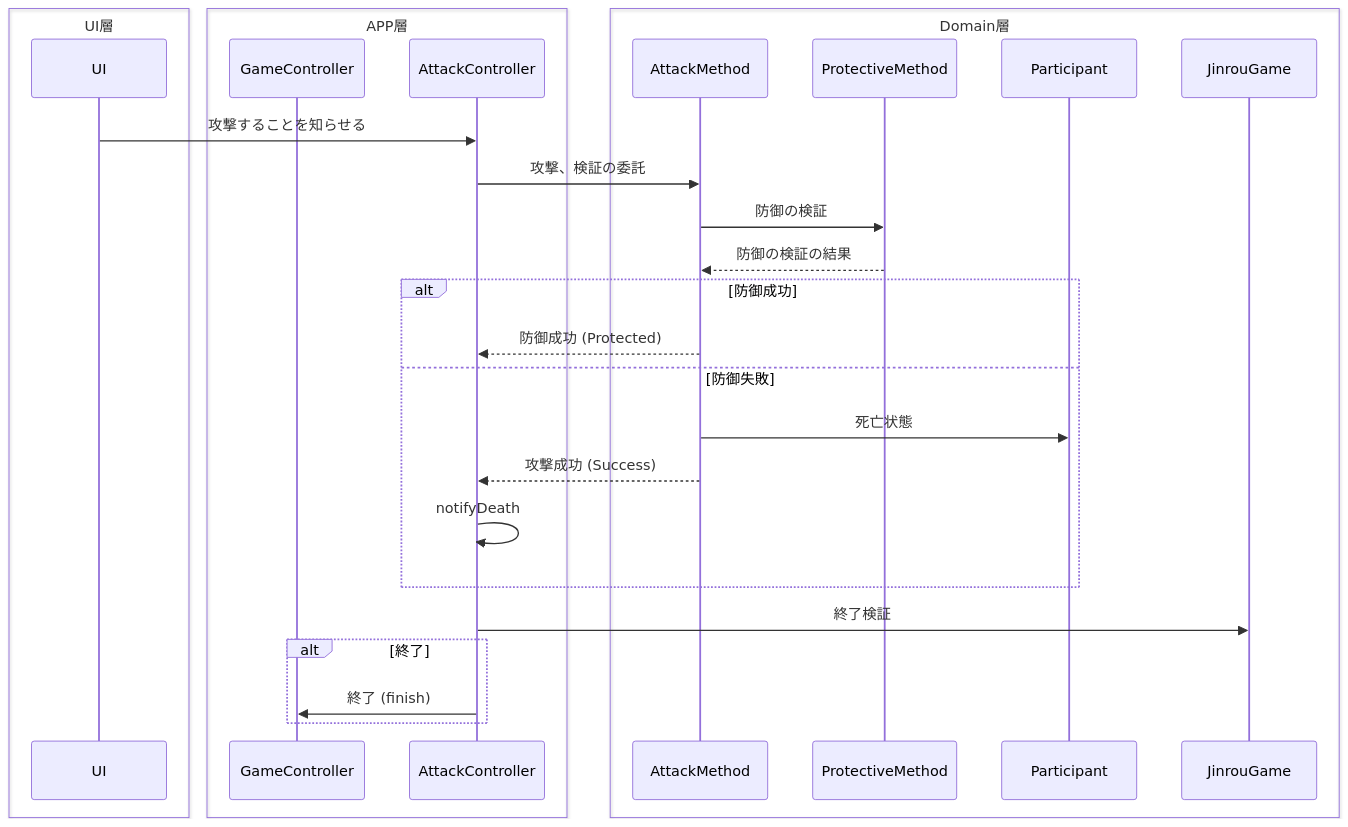
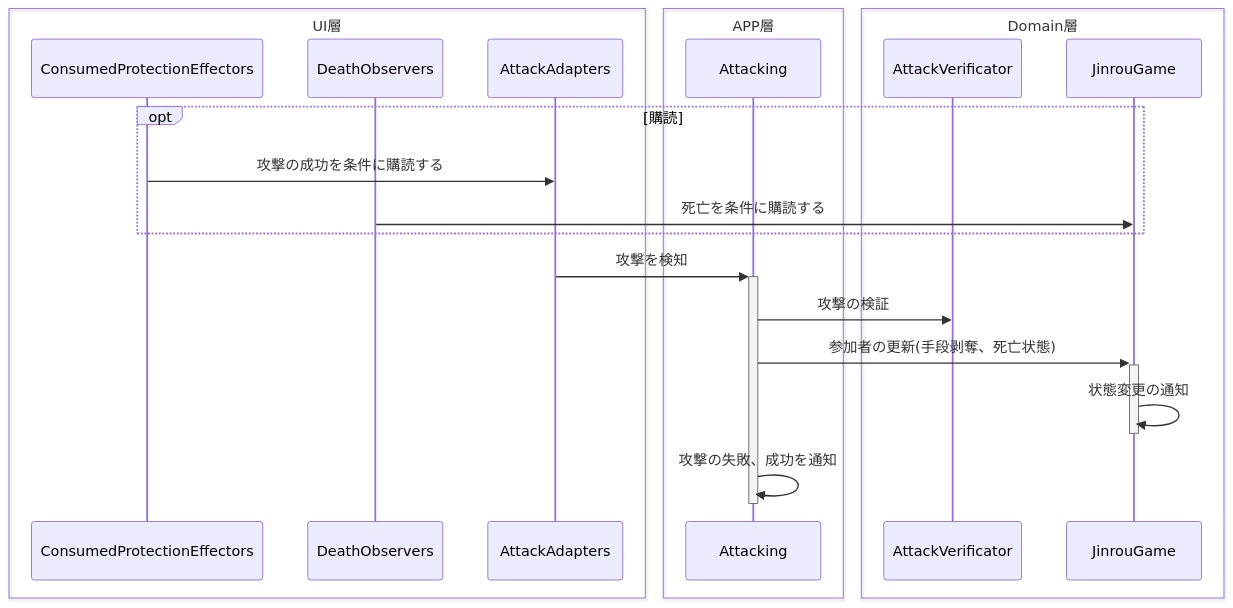
Before and after one commit to tanoKun/Bakajinrou: the second of 2 diagrams in doc/develop/flow/attack.md, drawn with Mermaid. The commit also changed other lines of this file and 1 other file, not shown here.

Commit message:
fix: DOCの更新

````diff
--- a/doc/develop/flow/attack.md
+++ b/doc/develop/flow/attack.md
@@ -5,33 +33,26 @@
 ```mermaid
 sequenceDiagram
     box UI層
-        participant UI
+        participant CPE as ConsumedProtectionEffectors
+        participant DO as DeathObservers
+        participant AA as AttackAdapters
     end
     box APP層
-        participant GC as GameController
-        participant AC as AttackController
+        participant A as Attacking
     end
     box Domain層
-        participant AM as AttackMethod
-        participant PM as ProtectiveMethod
-        participant P as Participant
-        participant G as JinrouGame
+        participant AV as AttackVerificator
+        participant JG as JinrouGame
     end
 
-    UI ->> AC: 攻撃することを知らせる
-    AC ->> AM: 攻撃、検証の委託
-    AM ->> PM: 防御の検証
-    PM -->> AM: 防御の検証の結果
-    alt 防御成功
-        AM -->> AC: 防御成功 (Protected)
-    else 防御失敗
-        AM ->> P: 死亡状態
-        AM -->> AC: 攻撃成功 (Success)
-        AC ->> AC: notifyDeath
+    opt 購読
+        CPE ->> AA: 攻撃の成功を条件に購読する
+        DO ->> JG: 死亡を条件に購読する
     end
-    
-    AC ->> G: 終了検証
-    alt 終了
-        AC ->> GC: 終了 (finish)
-    end
+
+    AA ->>+ A: 攻撃を検知 
+    A ->> AV: 攻撃の検証
+    A ->>+ JG: 参加者の更新(手段剥奪、死亡状態)
+    JG ->>- JG: 状態変更の通知
+    A ->>- A: 攻撃の失敗、成功を通知
 ```
````
